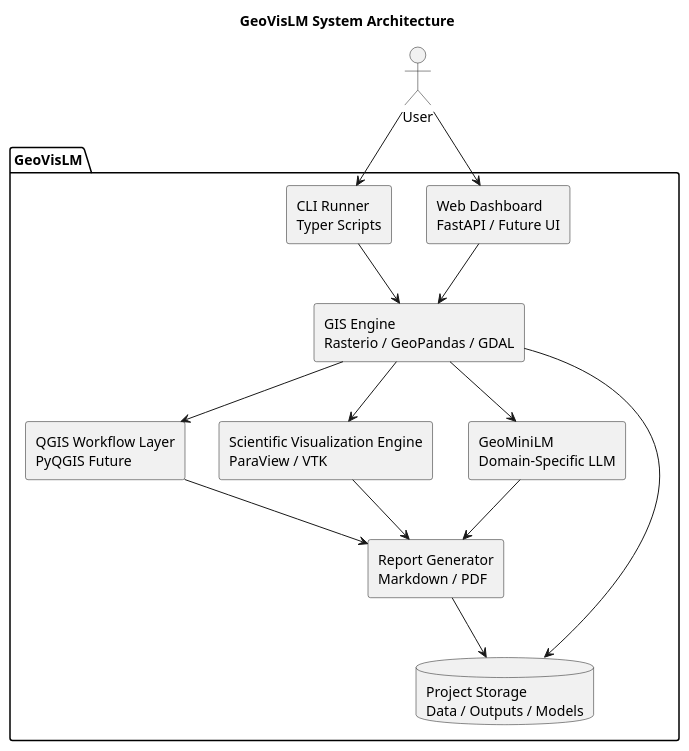
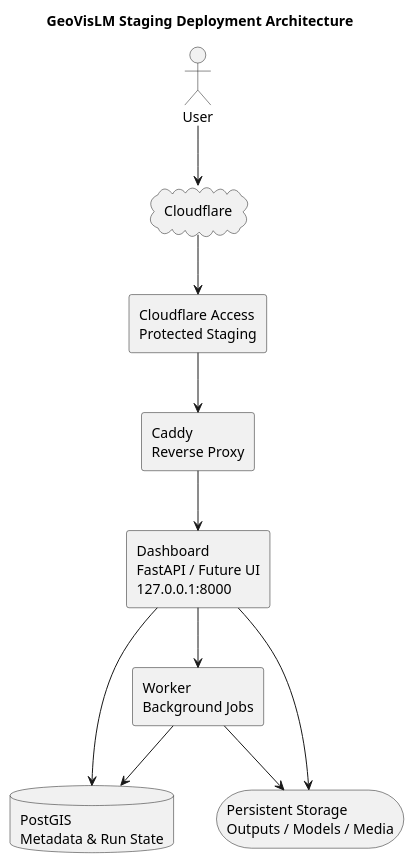
One commit to Ryner88/GeoVisLM changed the diagram in docs/diagrams/plantuml/system_architecture.puml. Above: the diagram before and after it, drawn with PlantUML. The commit also changed 6 other files, not shown here.

Commit message:
Update diagrams and staging verification docs

```diff
--- a/docs/diagrams/plantuml/system_architecture.puml
+++ b/docs/diagrams/plantuml/system_architecture.puml
@@ -1,36 +1,26 @@
 @startuml
-title GeoVisLM System Architecture
+title GeoVisLM Staging Deployment Architecture
 
 skinparam componentStyle rectangle
 skinparam shadowing false
 
 actor User
+cloud "Cloudflare" as Cloudflare
+component "Cloudflare Access\nProtected Staging" as Access
+component "Caddy\nReverse Proxy" as Caddy
+component "Dashboard\nFastAPI / Future UI\n127.0.0.1:8000" as Dashboard
+component "Worker\nBackground Jobs" as Worker
+database "PostGIS\nMetadata & Run State" as Database
+storage "Persistent Storage\nOutputs / Models / Media" as Storage
 
-package "GeoVisLM" {
-  component "Web Dashboard\nFastAPI / Future UI" as Dashboard
-  component "CLI Runner\nTyper Scripts" as CLI
-  component "GIS Engine\nRasterio / GeoPandas / GDAL" as GIS
-  component "QGIS Workflow Layer\nPyQGIS Future" as QGIS
-  component "Scientific Visualization Engine\nParaView / VTK" as ParaView
-  component "GeoMiniLM\nDomain-Specific LLM" as LLM
-  component "Report Generator\nMarkdown / PDF" as Reports
-  database "Project Storage\nData / Outputs / Models" as Storage
-}
-
-User --> Dashboard
-User --> CLI
-
-Dashboard --> GIS
-CLI --> GIS
-
-GIS --> Storage
-GIS --> QGIS
-GIS --> ParaView
-GIS --> LLM
-
-LLM --> Reports
-QGIS --> Reports
-ParaView --> Reports
-Reports --> Storage
+User --> Cloudflare
+Cloudflare --> Access
+Access --> Caddy
+Caddy --> Dashboard
+Dashboard --> Worker
+Dashboard --> Database
+Worker --> Database
+Dashboard --> Storage
+Worker --> Storage
 
 @enduml
```
